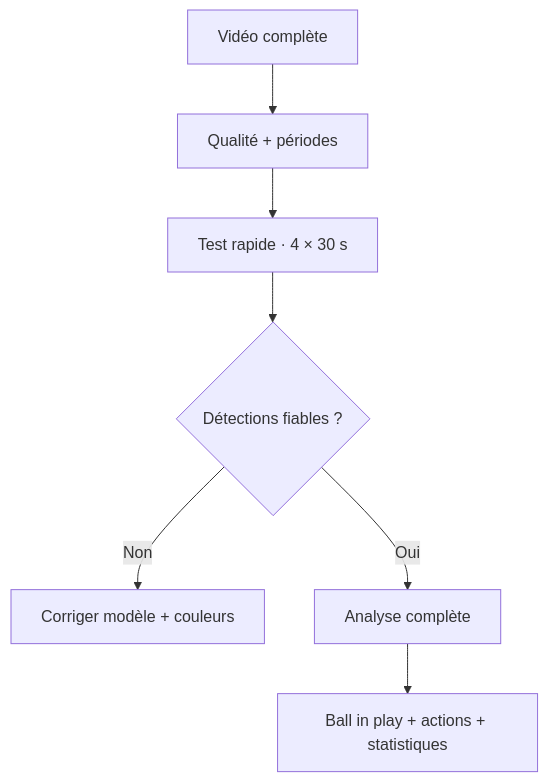
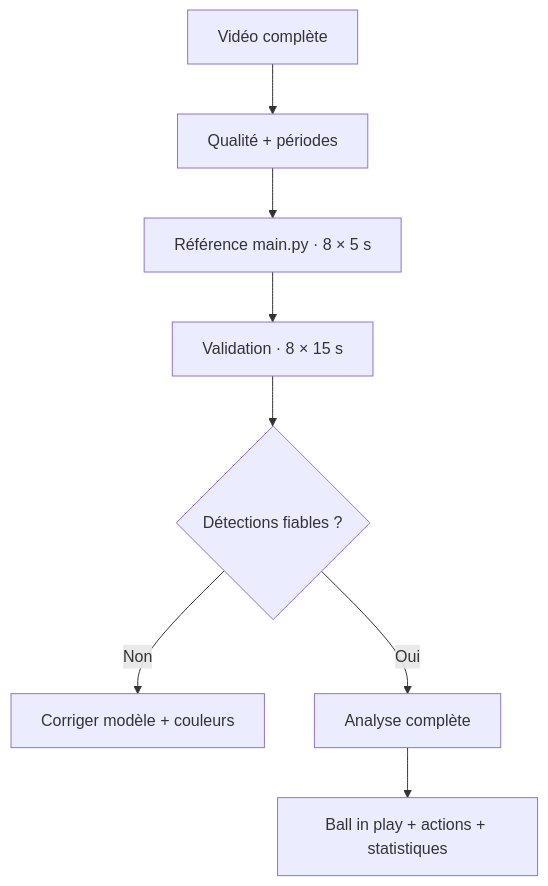
Before and after one commit to hammouda93/football-tracking: the diagram in README.md, drawn with Mermaid. The commit also changed other lines of this file and 12 other files, not shown here.

````diff
--- a/README.md
+++ b/README.md
@@ -28,9 +28,10 @@
 ```mermaid
 flowchart TD
     A["Vidéo complète"] --> B["Qualité + périodes"]
-    B --> C["Test rapide · 4 × 30 s"]
-    C --> D{"Détections fiables ?"}
-    D -->|Non| E["Corriger modèle + couleurs"]
-    D -->|Oui| F["Analyse complète"]
-    F --> G["Ball in play + actions + statistiques"]
+    B --> C["Référence main.py · 8 × 5 s"]
+    C --> D["Validation · 8 × 15 s"]
+    D --> E{"Détections fiables ?"}
+    E -->|Non| F["Corriger modèle + couleurs"]
+    E -->|Oui| G["Analyse complète"]
+    G --> H["Ball in play + actions + statistiques"]
 ```
````
